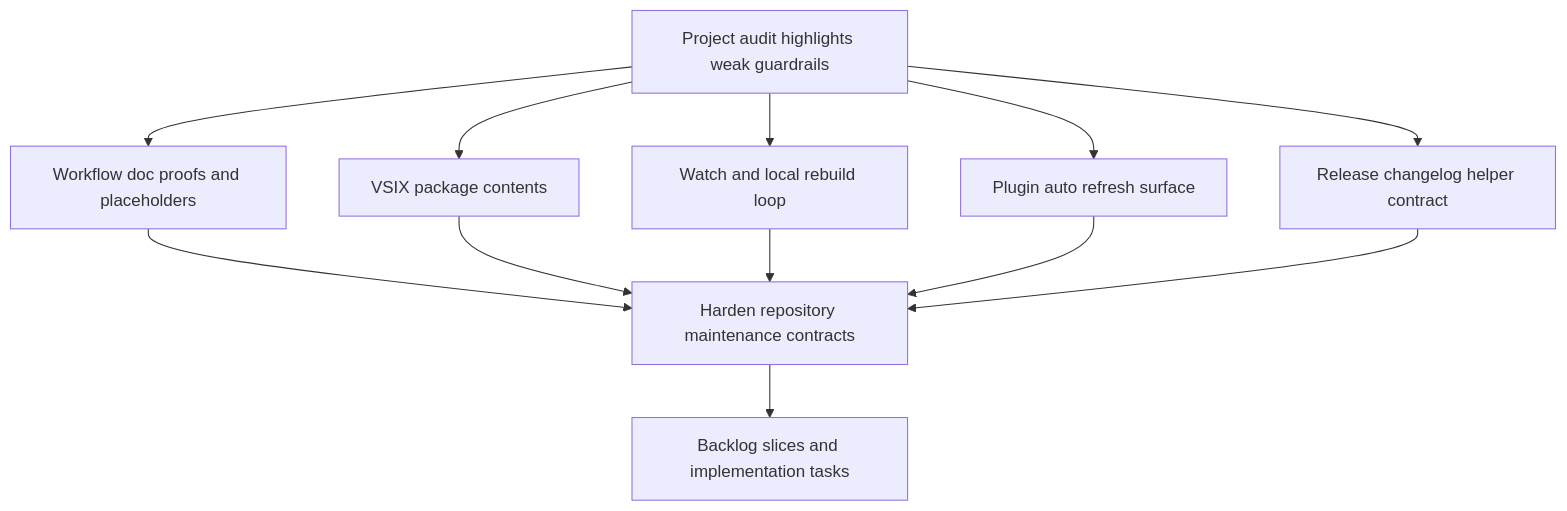
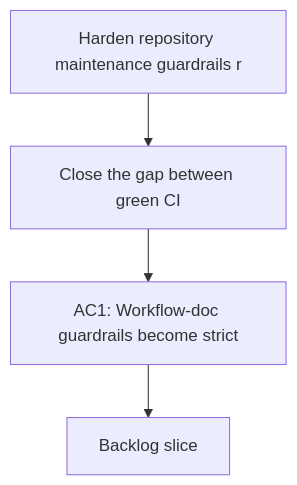
Before and after one commit to AlexAgo83/logics-manager: the diagram in logics/request/req_104_harden_repository_maintenance_guardrails_revealed_by_project_audit.md, drawn with Mermaid. The commit also changed 481 other files, not shown here.

````diff
--- a/logics/request/req_104_harden_repository_maintenance_guardrails_revealed_by_project_audit.md
+++ b/logics/request/req_104_harden_repository_maintenance_guardrails_revealed_by_project_audit.md
@@ -44,16 +44,8 @@
 ```mermaid
 %% logics-kind: request
 %% logics-signature: request|harden-repository-maintenance-guardrails|close-the-gap-between-green-ci|ac1-workflow-doc-guardrails-become-stric
 flowchart TD
-    Audit[Project audit highlights weak guardrails] --> Docs[Workflow doc proofs and placeholders]
-    Audit --> Package[VSIX package contents]
-    Audit --> DevLoop[Watch and local rebuild loop]
-    Audit --> Refresh[Plugin auto refresh surface]
-    Audit --> Release[Release changelog helper contract]
-    Docs --> Hardening[Harden repository maintenance contracts]
-    Package --> Hardening
-    DevLoop --> Hardening
-    Refresh --> Hardening
-    Release --> Hardening
-    Hardening --> Backlog[Backlog slices and implementation tasks]
+    Trigger[Harden repository maintenance guardrails r] --> Need[Close the gap between green CI]
+    Need --> Outcome[AC1: Workflow-doc guardrails become strict]
+    Outcome --> Backlog[Backlog slice]
 ```
````
